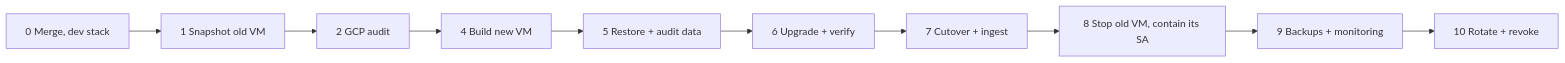
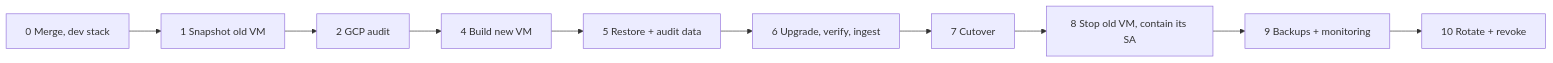
One commit to aphelionz/catalog.jonsarkin.com changed the diagram in docs/prod-rebuild-runbook.md. Above: the diagram before and after it, drawn with Mermaid. The commit also changed other lines of this file and 2 other files, not shown here.

First line of the commit message:
docs: MariaDB 11.8 and the ingest before cutover in the runbooks

````diff
--- a/docs/prod-rebuild-runbook.md
+++ b/docs/prod-rebuild-runbook.md
@@ -7,7 +7,7 @@
 ```mermaid
 flowchart LR
   S0[0 Merge, dev stack] --> S1[1 Snapshot old VM] --> S2[2 GCP audit]
-  S2 --> S4[4 Build new VM] --> S5[5 Restore + audit data] --> S6[6 Upgrade + verify]
-  S6 --> S7[7 Cutover + ingest] --> S8[8 Stop old VM, contain its SA]
+  S2 --> S4[4 Build new VM] --> S5[5 Restore + audit data] --> S6[6 Upgrade, verify, ingest]
+  S6 --> S7[7 Cutover] --> S8[8 Stop old VM, contain its SA]
   S8 --> S9[9 Backups + monitoring] --> S10[10 Rotate + revoke]
 ```
````
